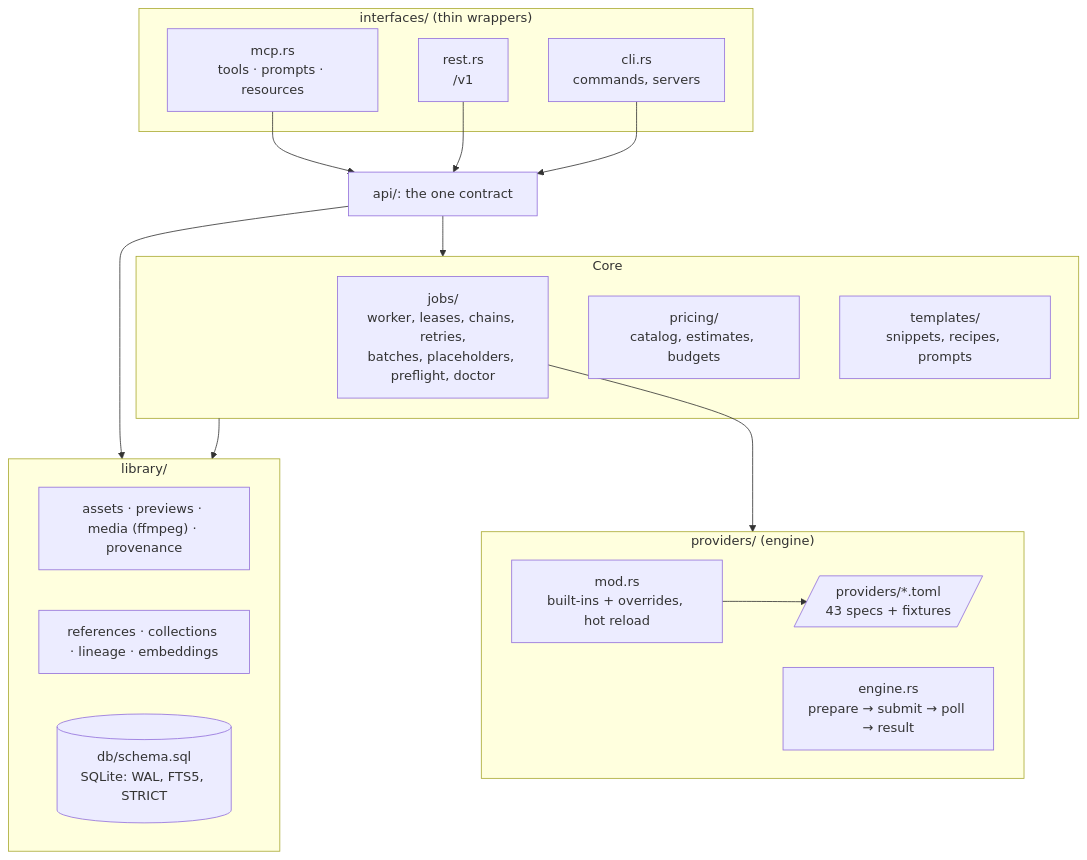
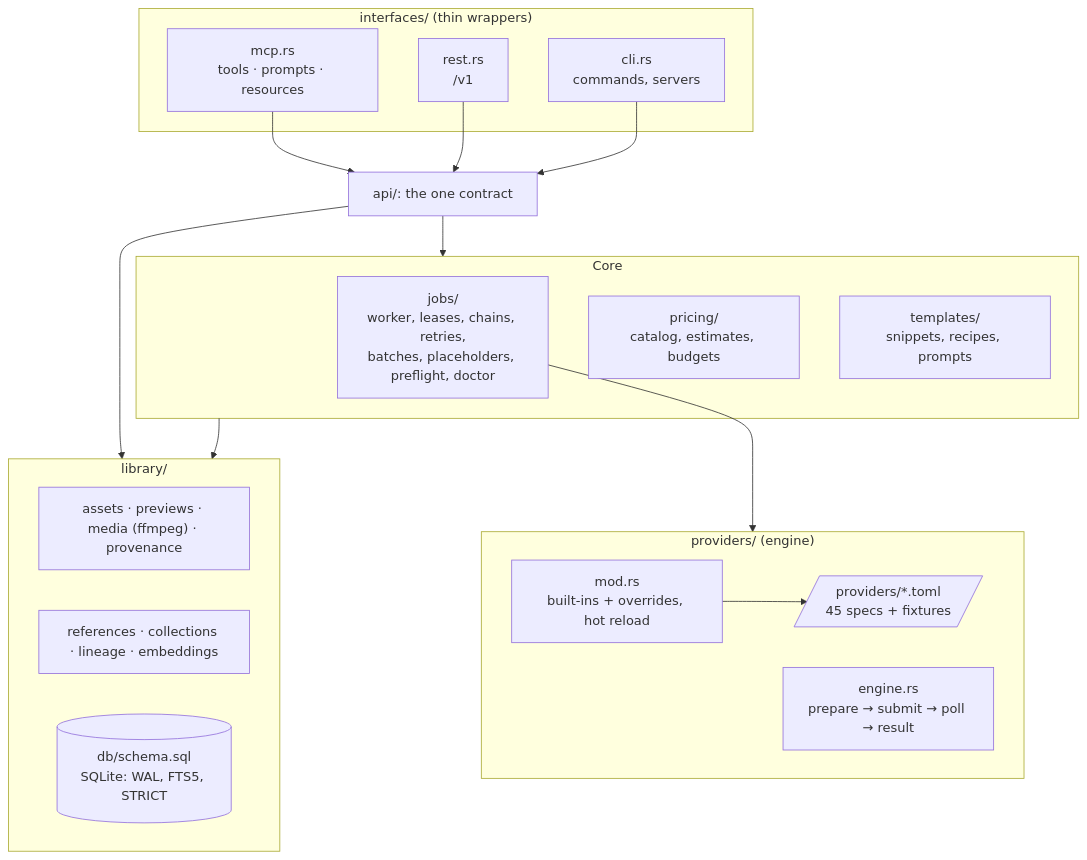
Before and after one commit to jutsuhq/ai-media-router: the eighth of 8 diagrams in README.md, drawn with Mermaid. The commit also changed other lines of this file and 9 other files, not shown here.

````diff
--- a/README.md
+++ b/README.md
@@ -627,32 +627,32 @@
 ```mermaid
 flowchart TB
     subgraph interfaces["interfaces/ (thin wrappers)"]
         mcp["mcp.rs<br/>tools · prompts · resources"]
         rest["rest.rs<br/>/v1"]
         cli["cli.rs<br/>commands, servers"]
     end
     api["api/: the one contract"]
     mcp --> api
     rest --> api
     cli --> api
     subgraph core["Core"]
         jobs["jobs/<br/>worker, leases, chains, retries,<br/>batches, placeholders, preflight, doctor"]
         pricing["pricing/<br/>catalog, estimates, budgets"]
         templates["templates/<br/>snippets, recipes, prompts"]
     end
     subgraph library["library/"]
         assets["assets · previews · media (ffmpeg) · provenance"]
         refs["references · collections · lineage · embeddings"]
         db[("db/schema.sql<br/>SQLite: WAL, FTS5, STRICT")]
     end
     subgraph engine["providers/ (engine)"]
         registry["mod.rs<br/>built-ins + overrides, hot reload"]
         run["engine.rs<br/>prepare → submit → poll → result"]
-        specs[/"providers/*.toml<br/>43 specs + fixtures"/]
+        specs[/"providers/*.toml<br/>45 specs + fixtures"/]
     end
     api --> core
     api --> library
     core --> library
     jobs --> engine
     registry --> specs
 ```
````
